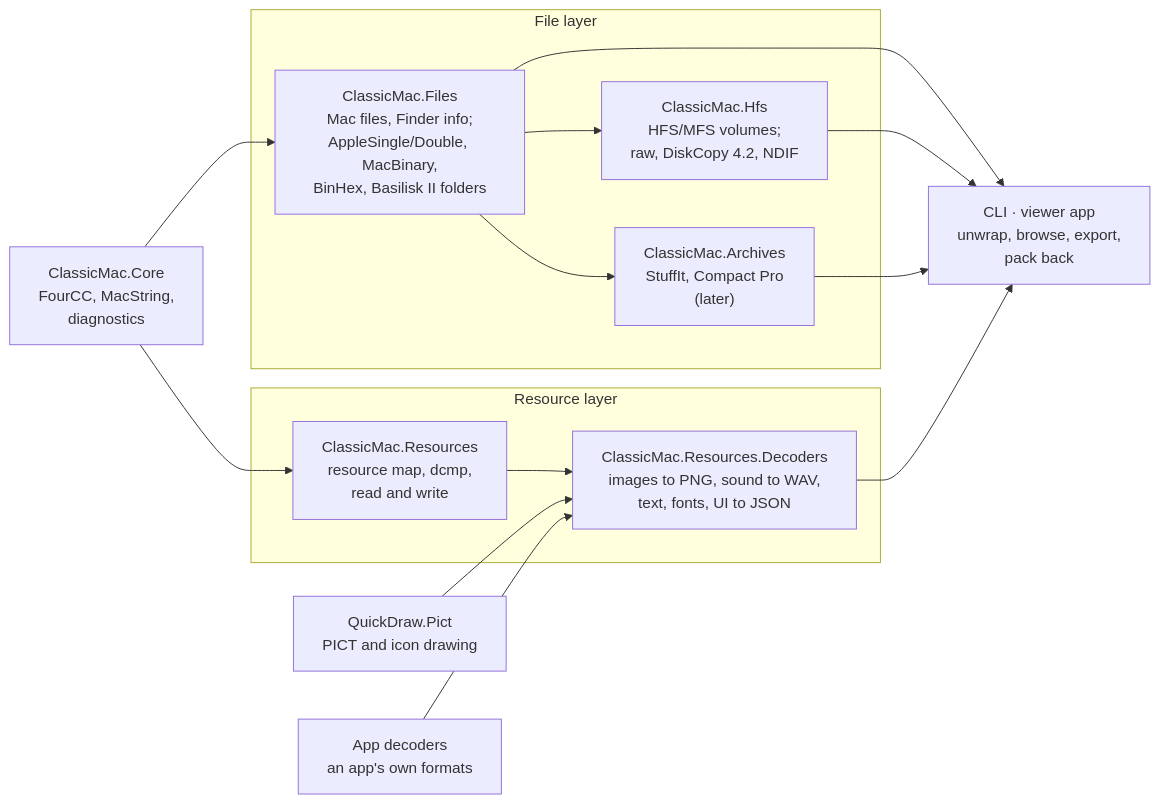
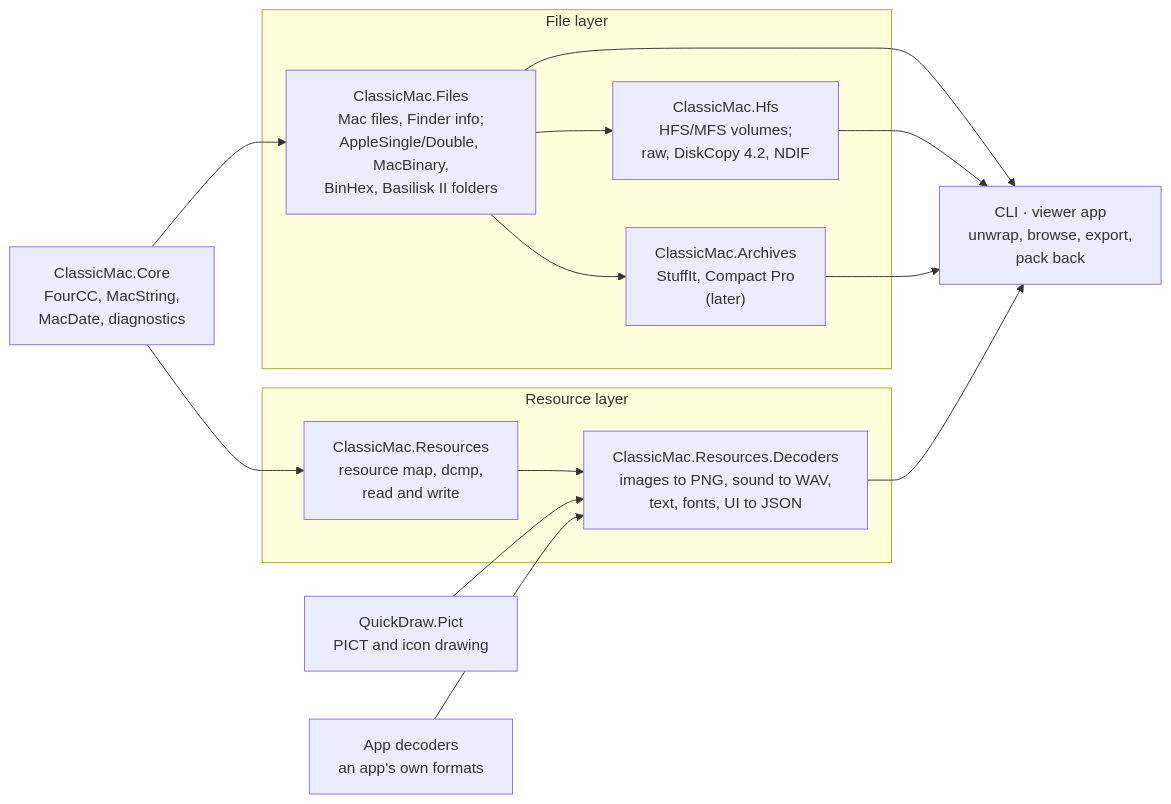
The diagram in docs/PLAN.md (inexin/ClassicMac), drawn with Mermaid before and after one commit. The commit also changed other lines of this file and 4 other files, not shown here.

First line of the commit message:
Move MacDate to ClassicMac.Core

````diff
--- a/docs/PLAN.md
+++ b/docs/PLAN.md
@@ -251,20 +252,20 @@
 ```mermaid
 flowchart LR
-    B["ClassicMac.Core<br/>FourCC, MacString,<br/>diagnostics"]
+    B["ClassicMac.Core<br/>FourCC, MacString,<br/>MacDate, diagnostics"]
     subgraph filelayer["File layer"]
         F["ClassicMac.Files<br/>Mac files, Finder info;<br/>AppleSingle/Double, MacBinary,<br/>BinHex, Basilisk II folders"]
         H["ClassicMac.Hfs<br/>HFS/MFS volumes;<br/>raw, DiskCopy 4.2, NDIF"]
         R["ClassicMac.Archives<br/>StuffIt, Compact Pro<br/>(later)"]
     end
     subgraph resourcelayer["Resource layer"]
         M["ClassicMac.Resources<br/>resource map, dcmp,<br/>read and write"]
         D["ClassicMac.Resources.Decoders<br/>images to PNG, sound to WAV,<br/>text, fonts, UI to JSON"]
     end
     E["CLI · viewer app<br/>unwrap, browse, export,<br/>pack back"]
     B --> F & M
     F --> H & R
     M --> D
     F & H & R & D --> E
     Q["QuickDraw.Pict<br/>PICT and icon drawing"] --> D
     A["App decoders<br/>an app's own formats"] --> D
 ```
````
